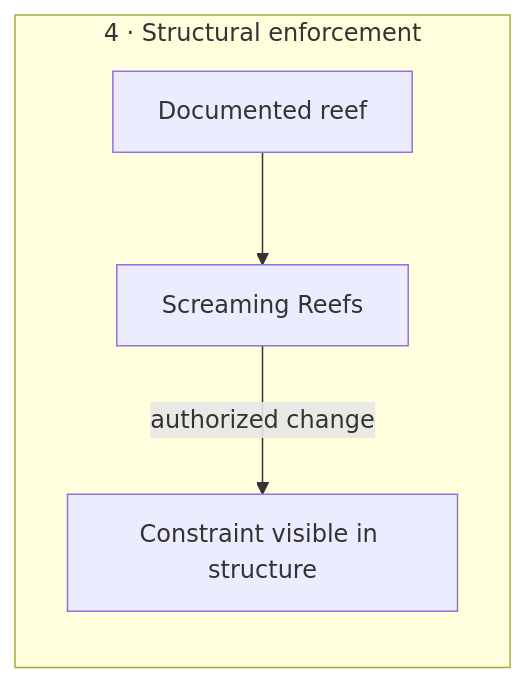
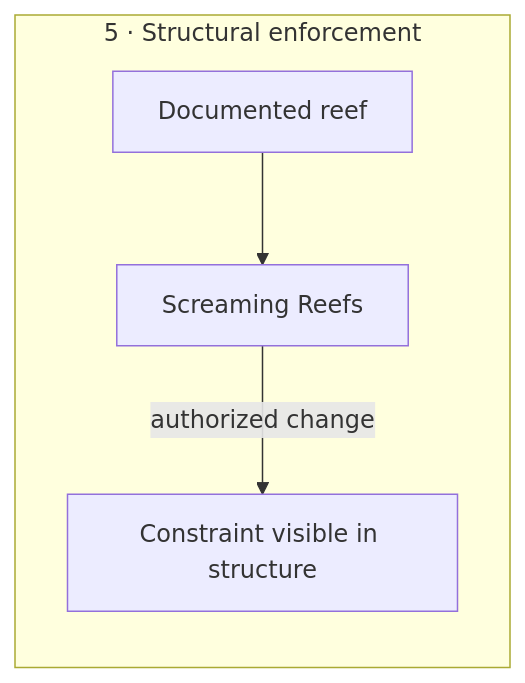
Before and after one commit to theKashey/skills: the fifth of 5 diagrams in README.md, drawn with Mermaid. The commit also changed other lines of this file and 6 other files, not shown here.

````diff
--- a/README.md
+++ b/README.md
@@ -143,7 +167,7 @@
 ```mermaid
 flowchart LR
-    subgraph F4["4 · Structural enforcement"]
-        D1["Documented reef"] --> D2["Screaming Reefs"]
-        D2 -->|"authorized change"| D3["Constraint visible in structure"]
+    subgraph F5["5 · Structural enforcement"]
+        E1["Documented reef"] --> E2["Screaming Reefs"]
+        E2 -->|"authorized change"| E3["Constraint visible in structure"]
     end
 ```
````
